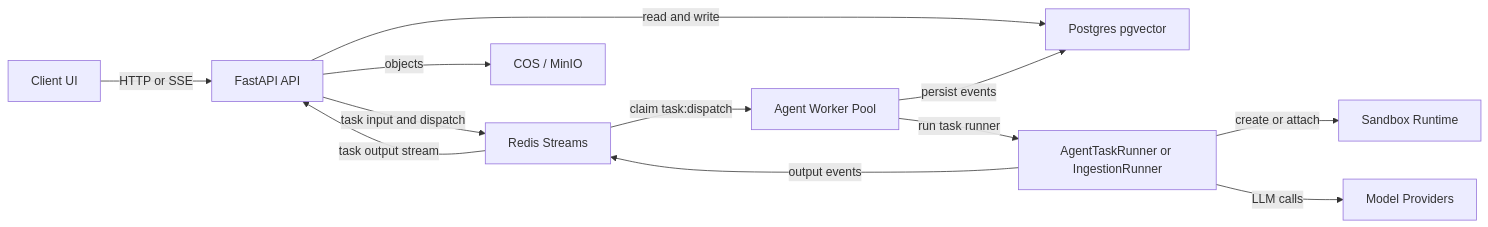
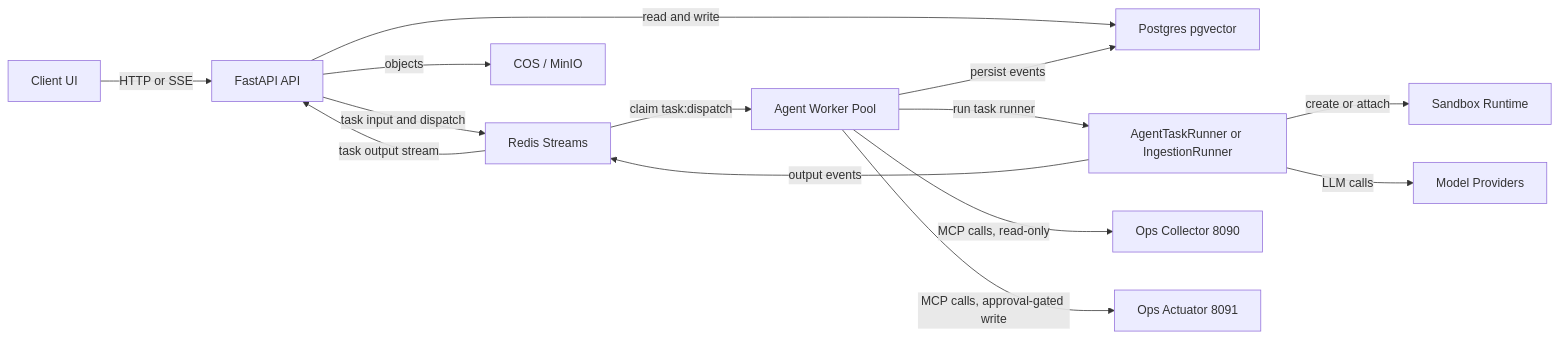
Before and after one commit to OceaLong/opencitadel: the first of 8 diagrams in docs/architecture/overview.md, drawn with Mermaid. The commit also changed other lines of this file and 375 other files, not shown here.

````diff
--- a/docs/architecture/overview.md
+++ b/docs/architecture/overview.md
@@ -9,14 +9,16 @@
 ```mermaid
 flowchart LR
   Client["Client UI"] -->|"HTTP or SSE"| Api["FastAPI API"]
   Api -->|"task input and dispatch"| Redis["Redis Streams"]
   Api -->|"read and write"| Postgres["Postgres pgvector"]
   Api -->|"objects"| Storage["COS / MinIO"]
   Redis -->|"claim task:dispatch"| Worker["Agent Worker Pool"]
   Worker -->|"run task runner"| AgentRunner["AgentTaskRunner or IngestionRunner"]
   AgentRunner -->|"create or attach"| Sandbox["Sandbox Runtime"]
   AgentRunner -->|"LLM calls"| ModelProvider["Model Providers"]
   AgentRunner -->|"output events"| Redis
   Worker -->|"persist events"| Postgres
   Redis -->|"task output stream"| Api
+  Worker -->|"MCP calls, read-only"| Collector["Ops Collector 8090"]
+  Worker -->|"MCP calls, approval-gated write"| Actuator["Ops Actuator 8091"]
 ```
````
